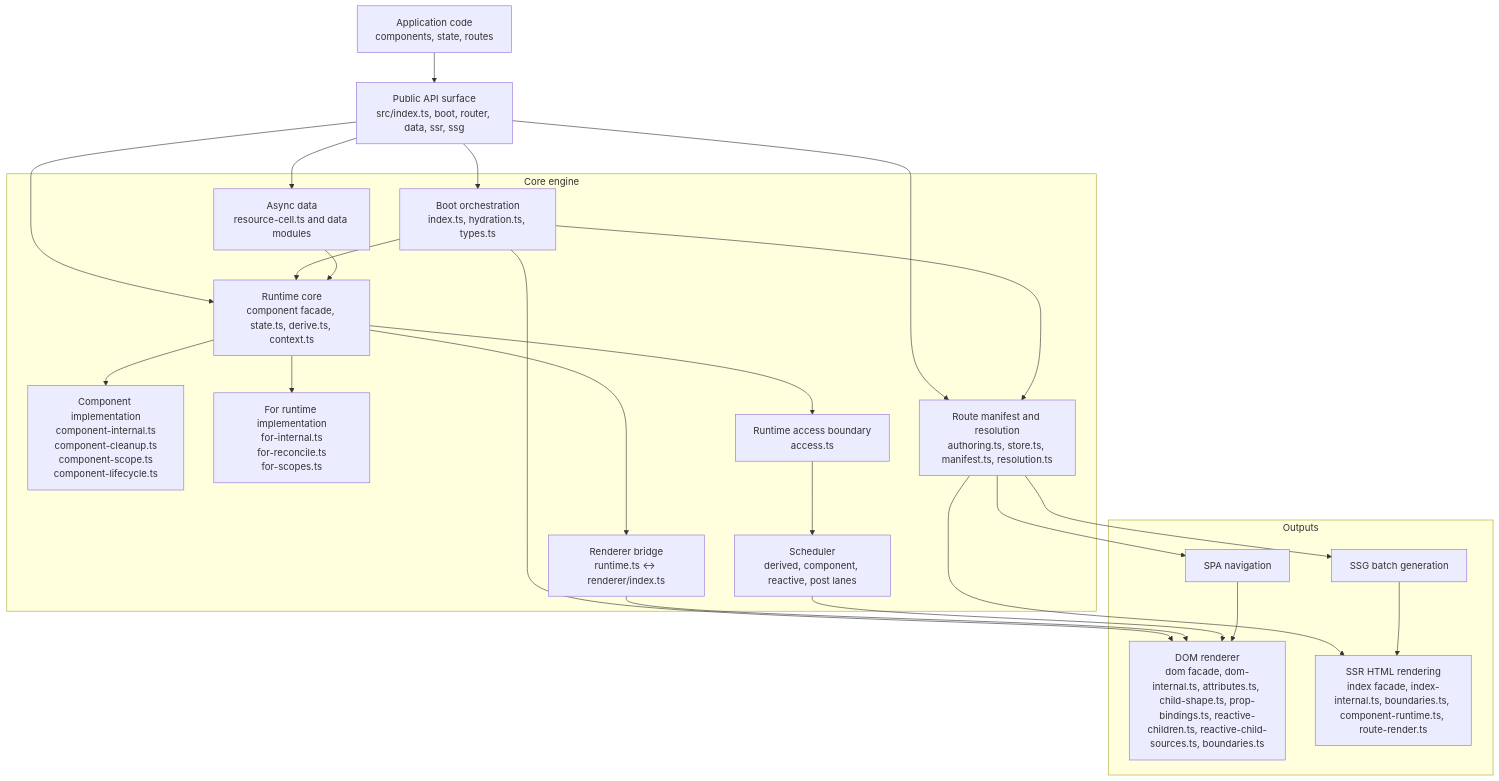
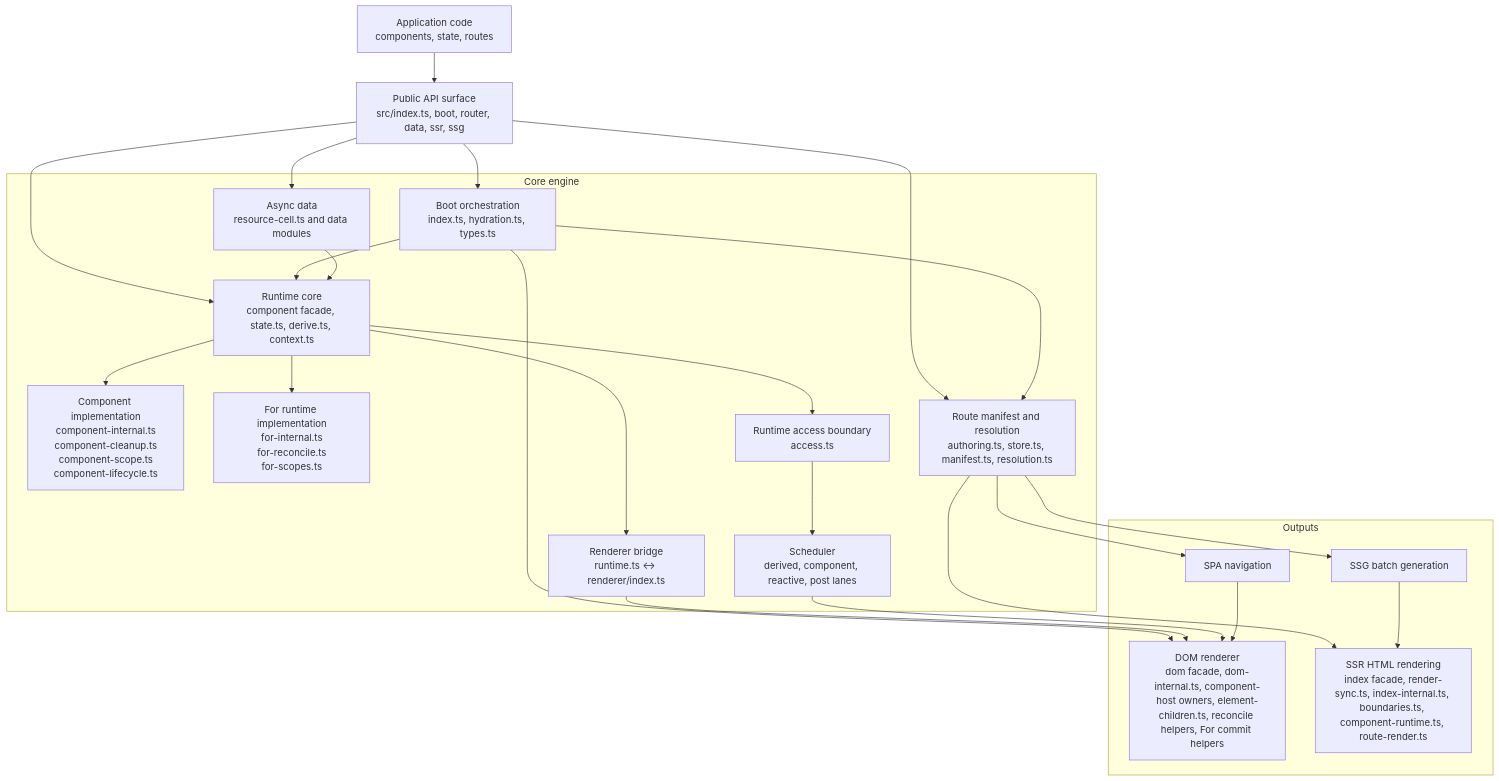
Before and after one commit to askrjs/askr: the first of 2 diagrams in docs/internals/core-engine-design.md, drawn with Mermaid. The commit also changed other lines of this file and 41 other files, not shown here.

Commit message:
refactor architecture owner modules

````diff
--- a/docs/internals/core-engine-design.md
+++ b/docs/internals/core-engine-design.md
@@ -15,46 +15,46 @@
 ```mermaid
 flowchart TB
   app[Application code<br/>components, state, routes]
   publicApi[Public API surface<br/>src/index.ts, boot, router, data, ssr, ssg]
 
   subgraph engine[Core engine]
     boot[Boot orchestration<br/>index.ts, hydration.ts, types.ts]
     runtime[Runtime core<br/>component facade, state.ts, derive.ts, context.ts]
     componentCore[Component implementation<br/>component-internal.ts<br/>component-cleanup.ts<br/>component-scope.ts<br/>component-lifecycle.ts]
     forCore[For runtime implementation<br/>for-internal.ts<br/>for-reconcile.ts<br/>for-scopes.ts]
     runtimeAccess[Runtime access boundary<br/>access.ts]
     scheduler[Scheduler<br/>derived, component, reactive, post lanes]
     rendererBridge[Renderer bridge<br/>runtime.ts <-> renderer/index.ts]
     routerManifest[Route manifest and resolution<br/>authoring.ts, store.ts, manifest.ts, resolution.ts]
     asyncData[Async data<br/>resource-cell.ts and data modules]
   end
 
   subgraph outputs[Outputs]
-    dom[DOM renderer<br/>dom facade, dom-internal.ts, attributes.ts, child-shape.ts, prop-bindings.ts, reactive-children.ts, reactive-child-sources.ts, boundaries.ts]
+    dom[DOM renderer<br/>dom facade, dom-internal.ts, component-host owners, element-children.ts, reconcile helpers, For commit helpers]
     spa[SPA navigation]
-    ssr[SSR HTML rendering<br/>index facade, index-internal.ts, boundaries.ts, component-runtime.ts, route-render.ts]
+    ssr[SSR HTML rendering<br/>index facade, render-sync.ts, index-internal.ts, boundaries.ts, component-runtime.ts, route-render.ts]
     ssg[SSG batch generation]
   end
 
   app --> publicApi
   publicApi --> boot
   publicApi --> runtime
   publicApi --> routerManifest
   publicApi --> asyncData
   boot --> runtime
   boot --> routerManifest
   boot --> dom
   runtime --> runtimeAccess
   runtime --> componentCore
   runtime --> forCore
   runtimeAccess --> scheduler
   runtime --> rendererBridge
   asyncData --> runtime
   routerManifest --> spa
   routerManifest --> ssr
   routerManifest --> ssg
   rendererBridge --> dom
   scheduler --> dom
   spa --> dom
   ssg --> ssr
 ```
````
